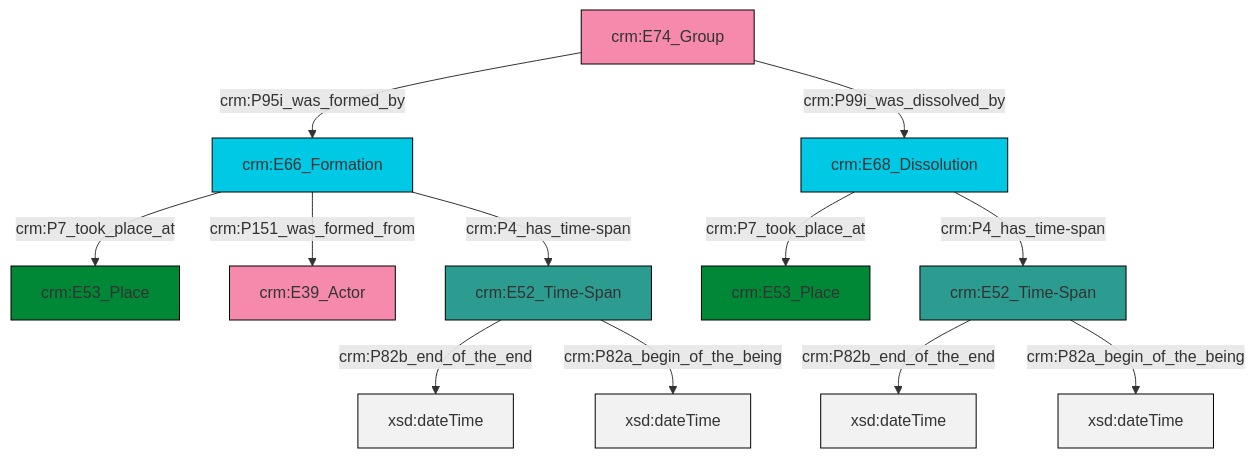
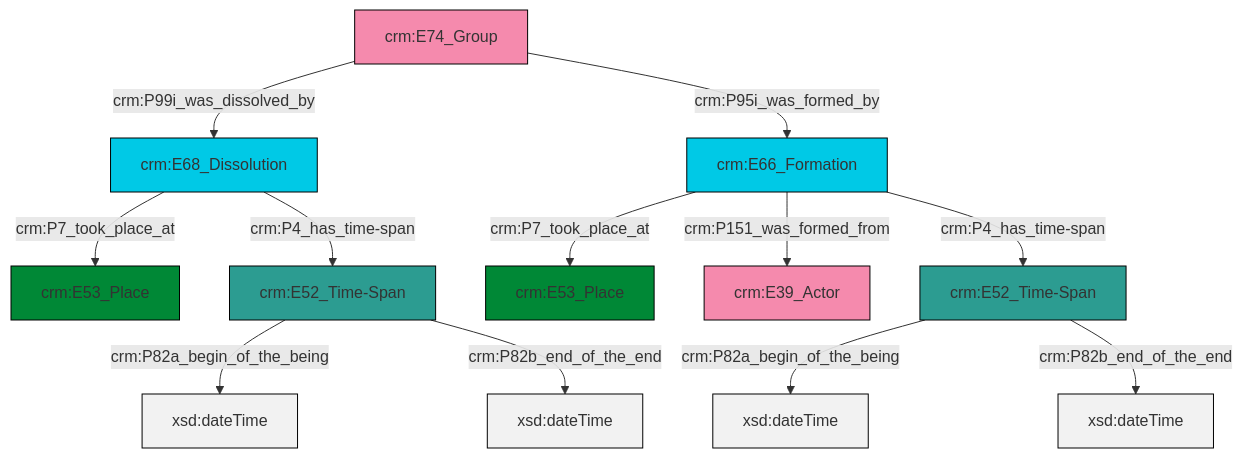
Before and after one commit to ncarboni/srdm: the diagram in et/groupCSV/ttl/mmd/group_existence.ttl.mmd, drawn with Mermaid. The commit also changed 127 other files, not shown here.

```diff
--- a/et/groupCSV/ttl/mmd/group_existence.ttl.mmd
+++ b/et/groupCSV/ttl/mmd/group_existence.ttl.mmd
@@ -1,26 +1,26 @@
 graph TD
 classDef Literal fill:#f2f2f2,stroke:#000000;
 classDef CRM_Entity fill:#FFFFFF,stroke:#000000;
 classDef Temporal_Entity fill:#00C9E6, stroke:#000000;
 classDef Type fill:#E18312, stroke:#000000;
 classDef Time-Span fill:#2C9C91, stroke:#000000;
 classDef Appellation fill:#FFEB7F, stroke:#000000;
 classDef Place fill:#008836, stroke:#000000;
 classDef Persistent_Item fill:#B266B2, stroke:#000000;
 classDef Conceptual_Object fill:#FFD700, stroke:#000000;
 classDef Physical_Thing fill:#D2B48C, stroke:#000000;
 classDef Actor fill:#f58aad, stroke:#000000;
 classDef PC_Classes fill:#4ce600, stroke:#000000;
 classDef Multi fill:#cccccc,stroke:#000000;
 
-4["crm:E74_Group"]:::Actor -->|crm:P95i_was_formed_by| 5["crm:E66_Formation"]:::Temporal_Entity
-6["crm:E52_Time-Span"]:::Time-Span -->|crm:P82b_end_of_the_end| 7[xsd:dateTime]:::Literal
-6["crm:E52_Time-Span"]:::Time-Span -->|crm:P82a_begin_of_the_being| 11[xsd:dateTime]:::Literal
-12["crm:E68_Dissolution"]:::Temporal_Entity -->|crm:P7_took_place_at| 13["crm:E53_Place"]:::Place
-2["crm:E52_Time-Span"]:::Time-Span -->|crm:P82b_end_of_the_end| 14[xsd:dateTime]:::Literal
-5["crm:E66_Formation"]:::Temporal_Entity -->|crm:P7_took_place_at| 8["crm:E53_Place"]:::Place
-2["crm:E52_Time-Span"]:::Time-Span -->|crm:P82a_begin_of_the_being| 16[xsd:dateTime]:::Literal
-5["crm:E66_Formation"]:::Temporal_Entity -->|crm:P151_was_formed_from| 0["crm:E39_Actor"]:::Actor
-5["crm:E66_Formation"]:::Temporal_Entity -->|crm:P4_has_time-span| 2["crm:E52_Time-Span"]:::Time-Span
-12["crm:E68_Dissolution"]:::Temporal_Entity -->|crm:P4_has_time-span| 6["crm:E52_Time-Span"]:::Time-Span
-4["crm:E74_Group"]:::Actor -->|crm:P99i_was_dissolved_by| 12["crm:E68_Dissolution"]:::Temporal_Entity
+0["crm:E66_Formation"]:::Temporal_Entity -->|crm:P7_took_place_at| 1["crm:E53_Place"]:::Place
+6["crm:E74_Group"]:::Actor -->|crm:P99i_was_dissolved_by| 7["crm:E68_Dissolution"]:::Temporal_Entity
+2["crm:E52_Time-Span"]:::Time-Span -->|crm:P82a_begin_of_the_being| 8[xsd:dateTime]:::Literal
+0["crm:E66_Formation"]:::Temporal_Entity -->|crm:P151_was_formed_from| 4["crm:E39_Actor"]:::Actor
+2["crm:E52_Time-Span"]:::Time-Span -->|crm:P82b_end_of_the_end| 11[xsd:dateTime]:::Literal
+6["crm:E74_Group"]:::Actor -->|crm:P95i_was_formed_by| 0["crm:E66_Formation"]:::Temporal_Entity
+13["crm:E52_Time-Span"]:::Time-Span -->|crm:P82a_begin_of_the_being| 14[xsd:dateTime]:::Literal
+7["crm:E68_Dissolution"]:::Temporal_Entity -->|crm:P7_took_place_at| 16["crm:E53_Place"]:::Place
+0["crm:E66_Formation"]:::Temporal_Entity -->|crm:P4_has_time-span| 13["crm:E52_Time-Span"]:::Time-Span
+7["crm:E68_Dissolution"]:::Temporal_Entity -->|crm:P4_has_time-span| 2["crm:E52_Time-Span"]:::Time-Span
+13["crm:E52_Time-Span"]:::Time-Span -->|crm:P82b_end_of_the_end| 18[xsd:dateTime]:::Literal
```
